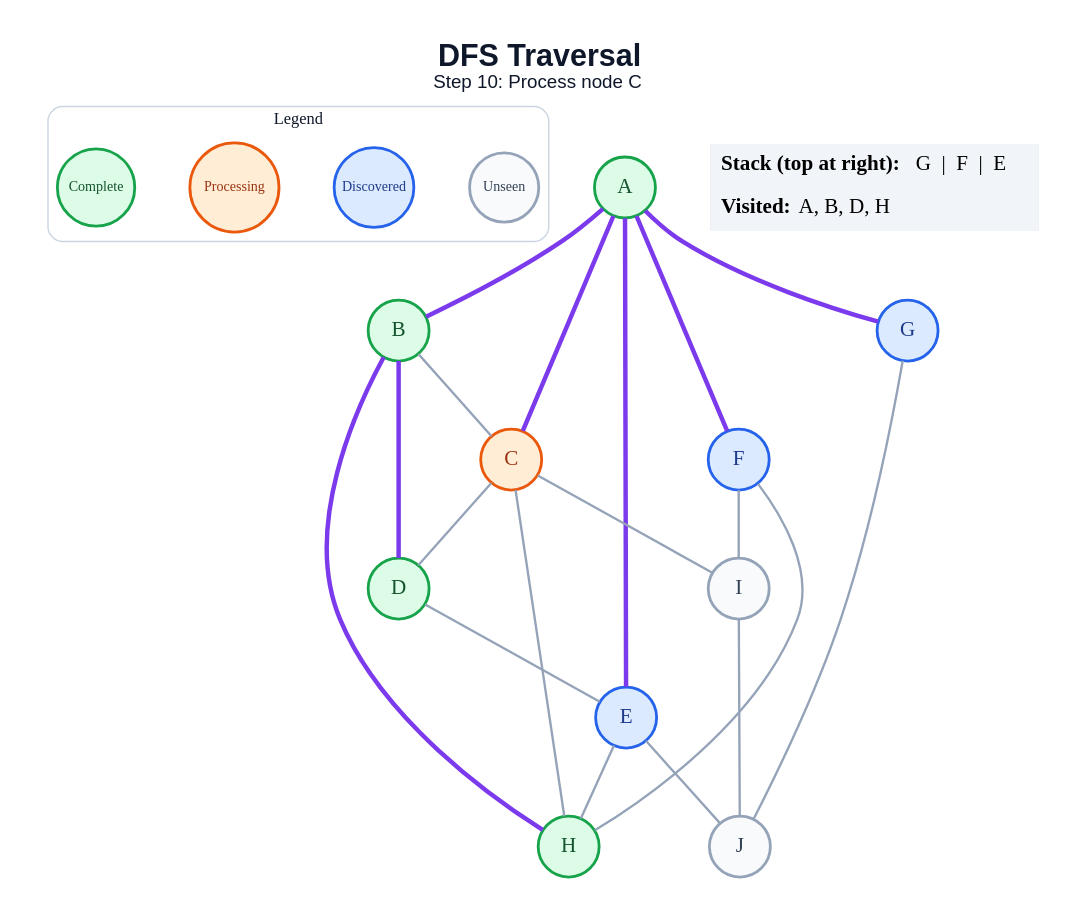
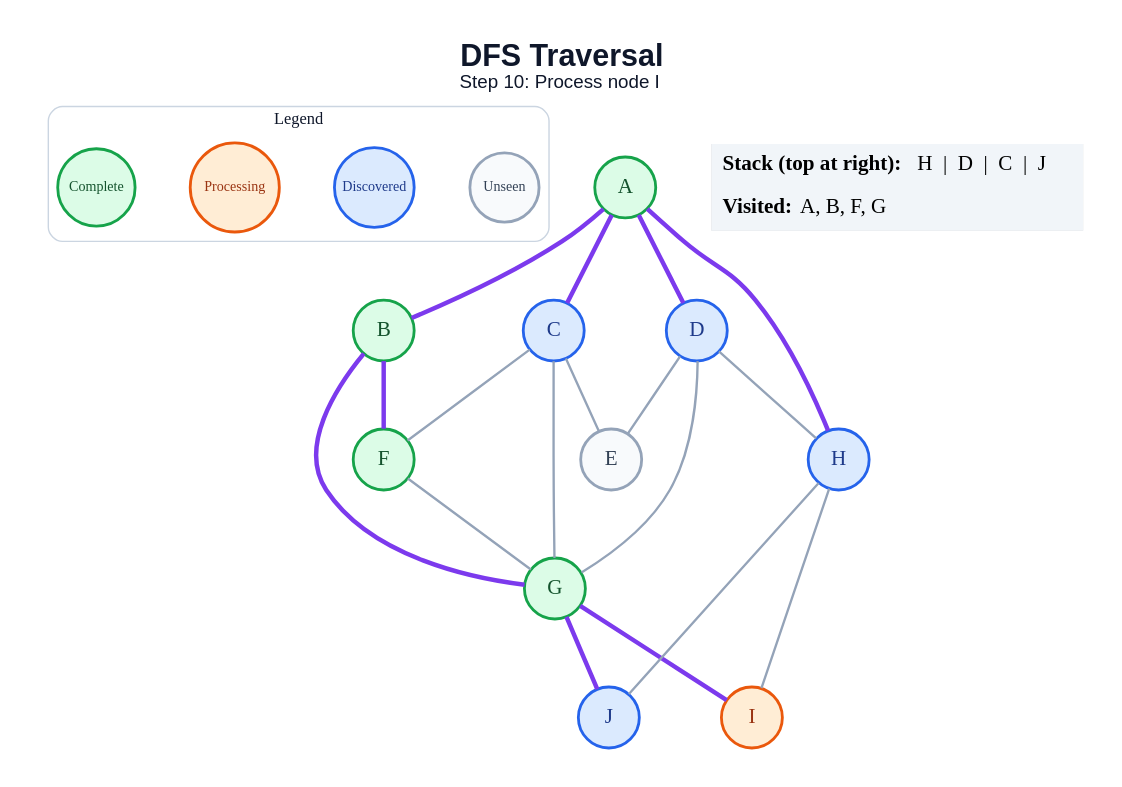
The diagram in generated/dfs/step_10.dot (amanghodawala9/ai-slop), drawn with Graphviz before and after one commit. The commit also changed 178 other files, not shown here.

```diff
--- a/generated/dfs/step_10.dot
+++ b/generated/dfs/step_10.dot
@@ -1,47 +1,46 @@
 graph traversal {
   graph [layout=dot, rankdir=TB, bgcolor="#FFFFFF", pad="0.35", nodesep="0.65", ranksep="0.8", fontname="Arial"];
   node [shape=circle, style="filled", fontname="Arial Bold", fontsize=18, width=0.72, fixedsize=true, penwidth=2.4];
   edge [color="#94A3B8", penwidth=2.0];
-  label=<<B>DFS Traversal</B><BR/><FONT POINT-SIZE="16">Step 10: Process node C</FONT>>; labelloc="t"; fontsize=26; fontname="Arial"; fontcolor="#0F172A";
+  label=<<B>DFS Traversal</B><BR/><FONT POINT-SIZE="16">Step 10: Process node I</FONT>>; labelloc="t"; fontsize=26; fontname="Arial"; fontcolor="#0F172A";
   subgraph cluster_legend { label="Legend"; color="#CBD5E1"; penwidth=1.2; style="rounded"; fontsize=14; fontname="Arial Bold";
     key_unseen [label="Unseen", fillcolor="#F8FAFC", color="#94A3B8", fontcolor="#334155", fontsize=12, width=0.82];
     key_frontier [label="Discovered", fillcolor="#DBEAFE", color="#2563EB", fontcolor="#1E3A8A", fontsize=12, width=0.95];
     key_current [label="Processing", fillcolor="#FFEDD5", color="#EA580C", fontcolor="#9A3412", fontsize=12, width=1.05];
     key_done [label="Complete", fillcolor="#DCFCE7", color="#16A34A", fontcolor="#14532D", fontsize=12, width=0.92];
     { rank=same; key_unseen; key_frontier; key_current; key_done; }
   }
   A [fillcolor="#DCFCE7", color="#16A34A", fontcolor="#14532D"];
   B [fillcolor="#DCFCE7", color="#16A34A", fontcolor="#14532D"];
-  C [fillcolor="#FFEDD5", color="#EA580C", fontcolor="#9A3412"];
-  D [fillcolor="#DCFCE7", color="#16A34A", fontcolor="#14532D"];
-  E [fillcolor="#DBEAFE", color="#2563EB", fontcolor="#1E3A8A"];
-  F [fillcolor="#DBEAFE", color="#2563EB", fontcolor="#1E3A8A"];
-  G [fillcolor="#DBEAFE", color="#2563EB", fontcolor="#1E3A8A"];
-  H [fillcolor="#DCFCE7", color="#16A34A", fontcolor="#14532D"];
-  I [fillcolor="#F8FAFC", color="#94A3B8", fontcolor="#334155"];
-  J [fillcolor="#F8FAFC", color="#94A3B8", fontcolor="#334155"];
+  C [fillcolor="#DBEAFE", color="#2563EB", fontcolor="#1E3A8A"];
+  D [fillcolor="#DBEAFE", color="#2563EB", fontcolor="#1E3A8A"];
+  E [fillcolor="#F8FAFC", color="#94A3B8", fontcolor="#334155"];
+  F [fillcolor="#DCFCE7", color="#16A34A", fontcolor="#14532D"];
+  G [fillcolor="#DCFCE7", color="#16A34A", fontcolor="#14532D"];
+  H [fillcolor="#DBEAFE", color="#2563EB", fontcolor="#1E3A8A"];
+  I [fillcolor="#FFEDD5", color="#EA580C", fontcolor="#9A3412"];
+  J [fillcolor="#DBEAFE", color="#2563EB", fontcolor="#1E3A8A"];
   A -- B [color="#7C3AED", penwidth=3.8];
   A -- C [color="#7C3AED", penwidth=3.8];
-  A -- E [color="#7C3AED", penwidth=3.8];
-  A -- F [color="#7C3AED", penwidth=3.8];
-  A -- G [color="#7C3AED", penwidth=3.8];
-  B -- C;
-  B -- D [color="#7C3AED", penwidth=3.8];
-  B -- H [color="#7C3AED", penwidth=3.8];
-  C -- D;
-  C -- H;
-  C -- I;
+  A -- D [color="#7C3AED", penwidth=3.8];
+  A -- H [color="#7C3AED", penwidth=3.8];
+  B -- F [color="#7C3AED", penwidth=3.8];
+  B -- G [color="#7C3AED", penwidth=3.8];
+  C -- E;
+  C -- F;
+  C -- G;
   D -- E;
-  E -- H;
-  E -- J;
-  F -- H;
-  F -- I;
-  G -- J;
-  I -- J;
+  D -- G;
+  D -- H;
+  F -- G;
+  G -- I [color="#7C3AED", penwidth=3.8];
+  G -- J [color="#7C3AED", penwidth=3.8];
+  H -- I;
+  H -- J;
   status [shape=plain, fixedsize=false, width=0, height=0, margin=0, label=<
     <TABLE BORDER="0" CELLBORDER="0" CELLPADDING="7" BGCOLOR="#F1F5F9">
-      <TR><TD ALIGN="LEFT"><B>Stack (top at right):</B> G  |  F  |  E</TD></TR>
-      <TR><TD ALIGN="LEFT"><B>Visited:</B> A, B, D, H</TD></TR>
+      <TR><TD ALIGN="LEFT"><B>Stack (top at right):</B> H  |  D  |  C  |  J</TD></TR>
+      <TR><TD ALIGN="LEFT"><B>Visited:</B> A, B, F, G</TD></TR>
     </TABLE>
   >];
 }
```
